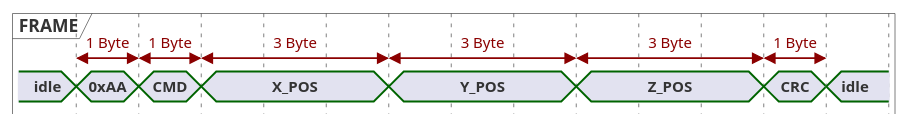
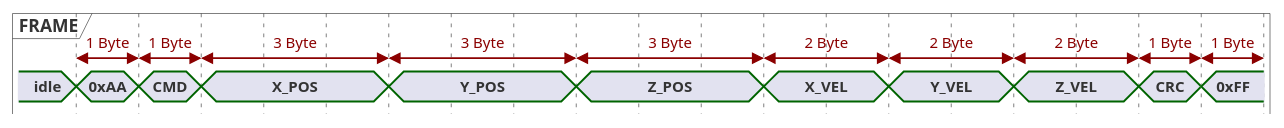
Before and after one commit to TNH510/5_DOF_Robot_Arm: the diagram in docs/final_project/hieu/uart_protocol/protocol.pu, drawn with PlantUML. The commit also changed 8 other files, not shown here.

Commit message:
update: Firmware architector and frame

```diff
--- a/docs/final_project/hieu/uart_protocol/protocol.pu
+++ b/docs/final_project/hieu/uart_protocol/protocol.pu
@@ -1,23 +1,30 @@
 @startuml formdata
 
 concise "FRAME" as PROTOCOL
 scale 100 as 50 pixels
 hide time-axis
 
 PROTOCOL is idle
 
 @PROTOCOL
 100 is 0xAA
 +100 is CMD
 +100 is X_POS
 +300 is Y_POS
 +300 is Z_POS
-+300 is CRC
-+100 is idle
++300 is X_VEL
++200 is Y_VEL
++200 is Z_VEL
++200 is CRC
++100 is 0xFF
 @100 <-> @200 : 1 Byte
 @200 <-> @300 : 1 Byte
 @300 <-> @600 : 3 Byte
 @600 <-> @900 : 3 Byte
 @900 <-> @1200 : 3 Byte
-@1200 <-> @1300 : 1 Byte
+@1200 <-> @1400 : 2 Byte
+@1400 <-> @1600 : 2 Byte
+@1600 <-> @1800 : 2 Byte
+@1800 <-> @1900 : 1 Byte
+@1900 <-> @2000 : 1 Byte
 @enduml
```
